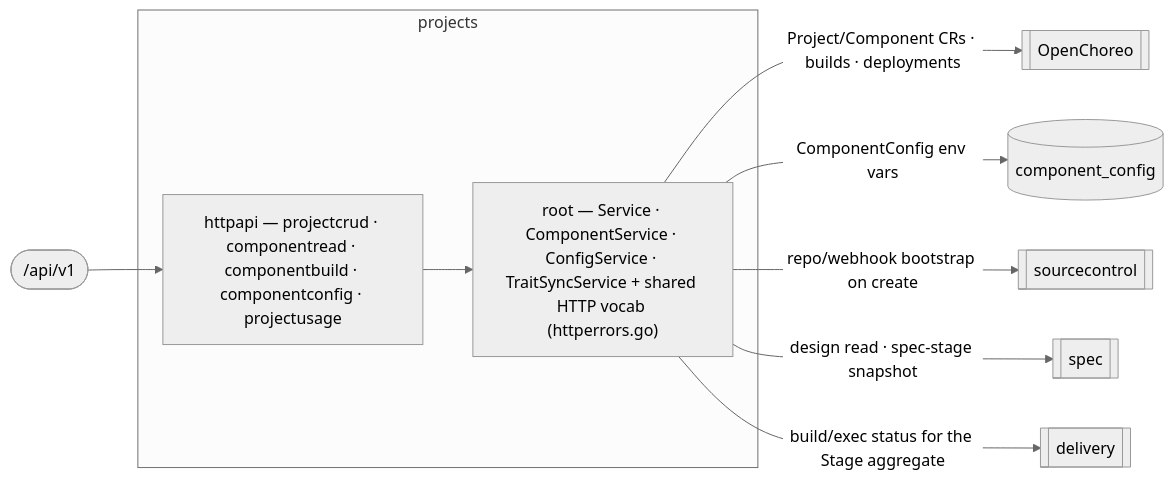
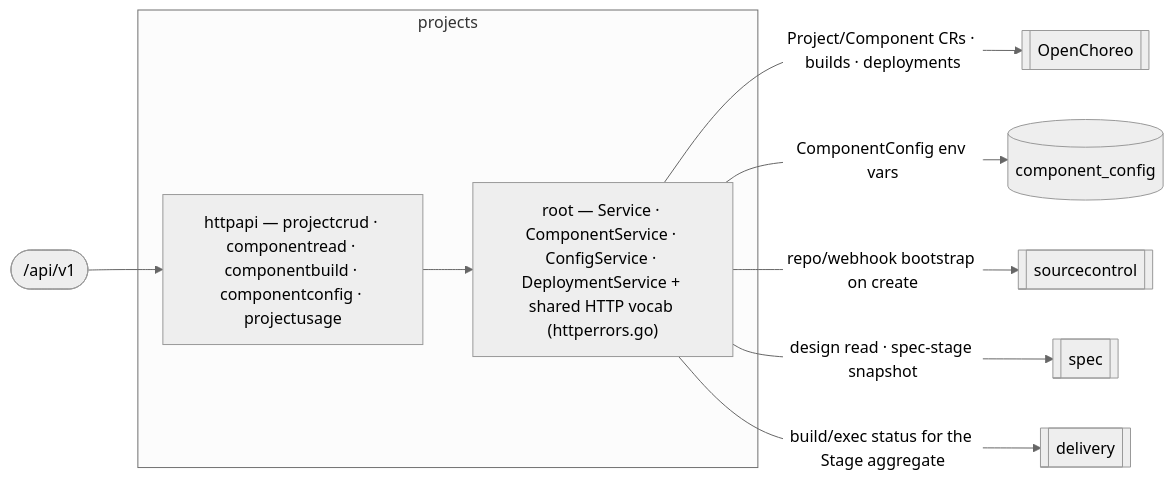
The diagram in services/aep-api/internal/projects/README.md (KCSAbeywickrama/labs-agentic-engineer), drawn with Mermaid (neutral theme) before and after one commit. The commit also changed other lines of this file and 44 other files, not shown here.

````diff
--- a/services/aep-api/internal/projects/README.md
+++ b/services/aep-api/internal/projects/README.md
@@ -10,14 +10,14 @@
 ```mermaid
 flowchart LR
   API(["/api/v1"]) --> HTTP
   subgraph projects
     HTTP["httpapi — projectcrud · componentread · componentbuild · componentconfig · projectusage"]
-    ROOT["root — Service · ComponentService · ConfigService · TraitSyncService + shared HTTP vocab (httperrors.go)"]
+    ROOT["root — Service · ComponentService · ConfigService · DeploymentService + shared HTTP vocab (httperrors.go)"]
     HTTP --> ROOT
   end
   ROOT -->|Project/Component CRs · builds · deployments| OC[[OpenChoreo]]
   ROOT -->|ComponentConfig env vars| CFG[("component_config")]
   ROOT -->|repo/webhook bootstrap on create| SC[[sourcecontrol]]
   ROOT -->|design read · spec-stage snapshot| SPEC[[spec]]
   ROOT -->|build/exec status for the Stage aggregate| DEL[[delivery]]
 ```
````
